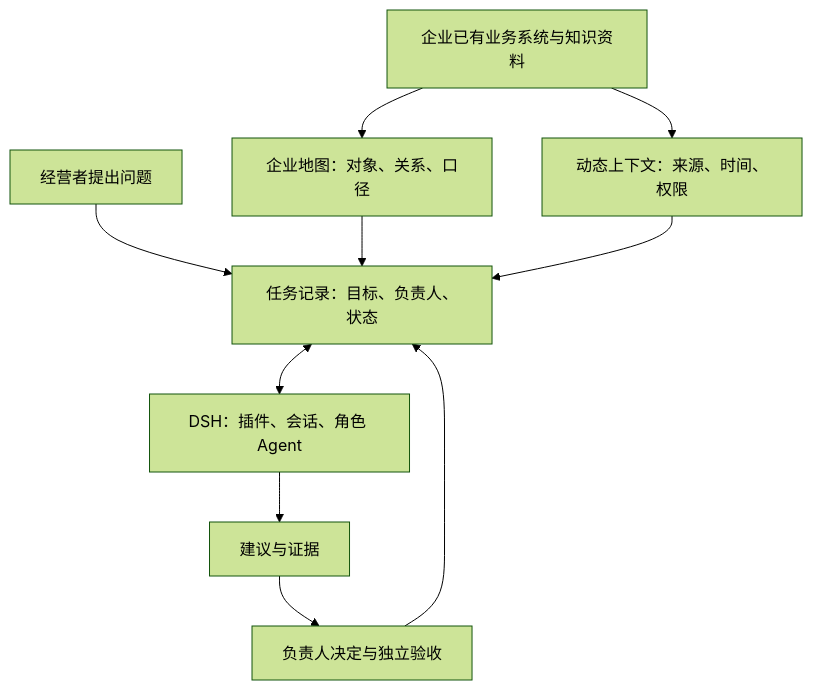
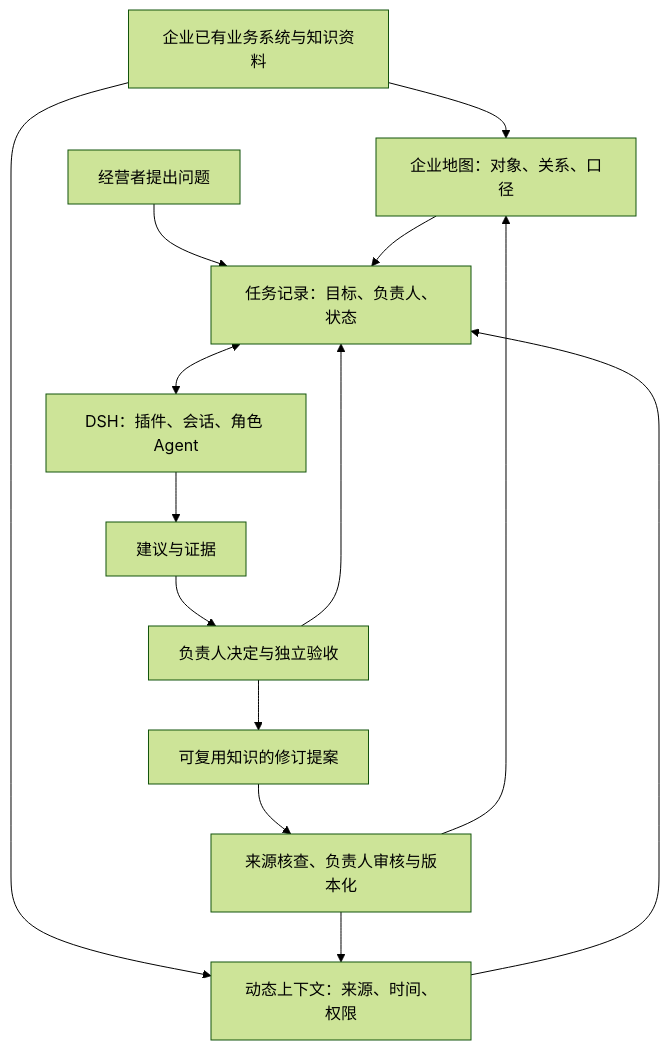
Before and after one commit to Randy0609/founder-deepseek-harness: the diagram in docs/TASK-ERP.md, drawn with Mermaid (forest theme). The commit also changed other lines of this file and 3 other files, not shown here.

````diff
--- a/docs/TASK-ERP.md
+++ b/docs/TASK-ERP.md
@@ -11,12 +16,16 @@
 ```mermaid
 flowchart TB
     S["企业已有业务系统与知识资料"] --> O["企业地图：对象、关系、口径"]
     S --> C["动态上下文：来源、时间、权限"]
     Q["经营者提出问题"] --> T["任务记录：目标、负责人、状态"]
     O --> T
     C --> T
     T <--> D["DSH：插件、会话、角色 Agent"]
     D --> P["建议与证据"]
     P --> H["负责人决定与独立验收"]
     H --> T
+    H --> L["可复用知识的修订提案"]
+    L --> V["来源核查、负责人审核与版本化"]
+    V --> O
+    V --> C
 ```
````
